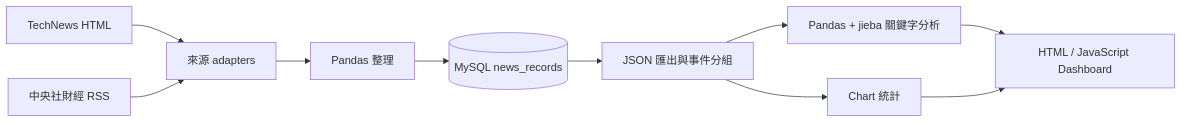
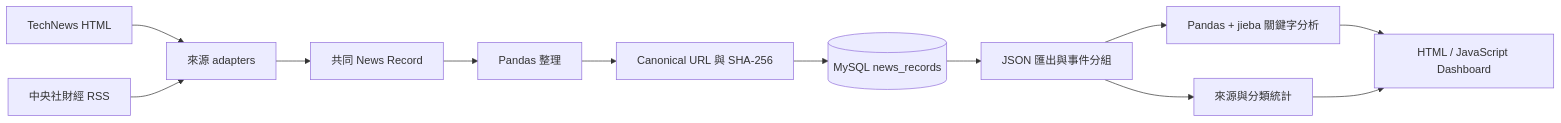
One commit to OllieHu12304/Morning-Alpha changed the diagram in README.md. Above: the diagram before and after it, drawn with Mermaid. The commit also changed other lines of this file, not shown here.

````diff
--- a/README.md
+++ b/README.md
@@ -21,12 +51,14 @@
 ```mermaid
 flowchart LR
     A["TechNews HTML"] --> C["來源 adapters"]
     B["中央社財經 RSS"] --> C
-    C --> D["Pandas 整理"]
-    D --> E[("MySQL news_records")]
-    E --> F["JSON 匯出與事件分組"]
-    F --> G["Pandas + jieba 關鍵字分析"]
-    F --> H["Chart 統計"]
-    G --> I["HTML / JavaScript Dashboard"]
-    H --> I
+    C --> D["共同 News Record"]
+    D --> E["Pandas 整理"]
+    E --> F["Canonical URL 與 SHA-256"]
+    F --> G[("MySQL news_records")]
+    G --> H["JSON 匯出與事件分組"]
+    H --> I["Pandas + jieba 關鍵字分析"]
+    H --> J["來源與分類統計"]
+    I --> K["HTML / JavaScript Dashboard"]
+    J --> K
 ```
````
